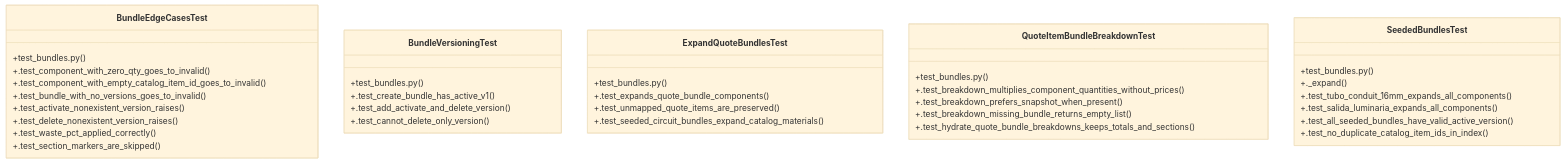
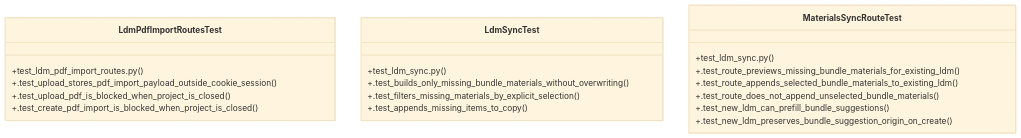
The diagram in graphify-out/wiki/Community_6.md (Daftrick/ProjectTracker), drawn with Mermaid (base theme) before and after one commit. The commit also changed other lines of this file and 413 other files, not shown here.

````diff
--- a/graphify-out/wiki/Community_6.md
+++ b/graphify-out/wiki/Community_6.md
@@ -36,40 +36,23 @@
 ```mermaid
 classDiagram
-    class BundleEdgeCasesTest {
-        +test_bundles.py()
-        +.test_component_with_zero_qty_goes_to_invalid()
-        +.test_component_with_empty_catalog_item_id_goes_to_invalid()
-        +.test_bundle_with_no_versions_goes_to_invalid()
-        +.test_activate_nonexistent_version_raises()
-        +.test_delete_nonexistent_version_raises()
-        +.test_waste_pct_applied_correctly()
-        +.test_section_markers_are_skipped()
+    class LdmPdfImportRoutesTest {
+        +test_ldm_pdf_import_routes.py()
+        +.test_upload_stores_pdf_import_payload_outside_cookie_session()
+        +.test_upload_pdf_is_blocked_when_project_is_closed()
+        +.test_create_pdf_import_is_blocked_when_project_is_closed()
     }
-    class BundleVersioningTest {
-        +test_bundles.py()
-        +.test_create_bundle_has_active_v1()
-        +.test_add_activate_and_delete_version()
-        +.test_cannot_delete_only_version()
+    class LdmSyncTest {
+        +test_ldm_sync.py()
+        +.test_builds_only_missing_bundle_materials_without_overwriting()
+        +.test_filters_missing_materials_by_explicit_selection()
+        +.test_appends_missing_items_to_copy()
     }
-    class ExpandQuoteBundlesTest {
-        +test_bundles.py()
-        +.test_expands_quote_bundle_components()
-        +.test_unmapped_quote_items_are_preserved()
-        +.test_seeded_circuit_bundles_expand_catalog_materials()
-    }
-    class QuoteItemBundleBreakdownTest {
-        +test_bundles.py()
-        +.test_breakdown_multiplies_component_quantities_without_prices()
-        +.test_breakdown_prefers_snapshot_when_present()
-        +.test_breakdown_missing_bundle_returns_empty_list()
-        +.test_hydrate_quote_bundle_breakdowns_keeps_totals_and_sections()
-    }
-    class SeededBundlesTest {
-        +test_bundles.py()
-        +._expand()
-        +.test_tubo_conduit_16mm_expands_all_components()
-        +.test_salida_luminaria_expands_all_components()
-        +.test_all_seeded_bundles_have_valid_active_version()
-        +.test_no_duplicate_catalog_item_ids_in_index()
+    class MaterialsSyncRouteTest {
+        +test_ldm_sync.py()
+        +.test_route_previews_missing_bundle_materials_for_existing_ldm()
+        +.test_route_appends_selected_bundle_materials_to_existing_ldm()
+        +.test_route_does_not_append_unselected_bundle_materials()
+        +.test_new_ldm_can_prefill_bundle_suggestions()
+        +.test_new_ldm_preserves_bundle_suggestion_origin_on_create()
     }
 ```
````
